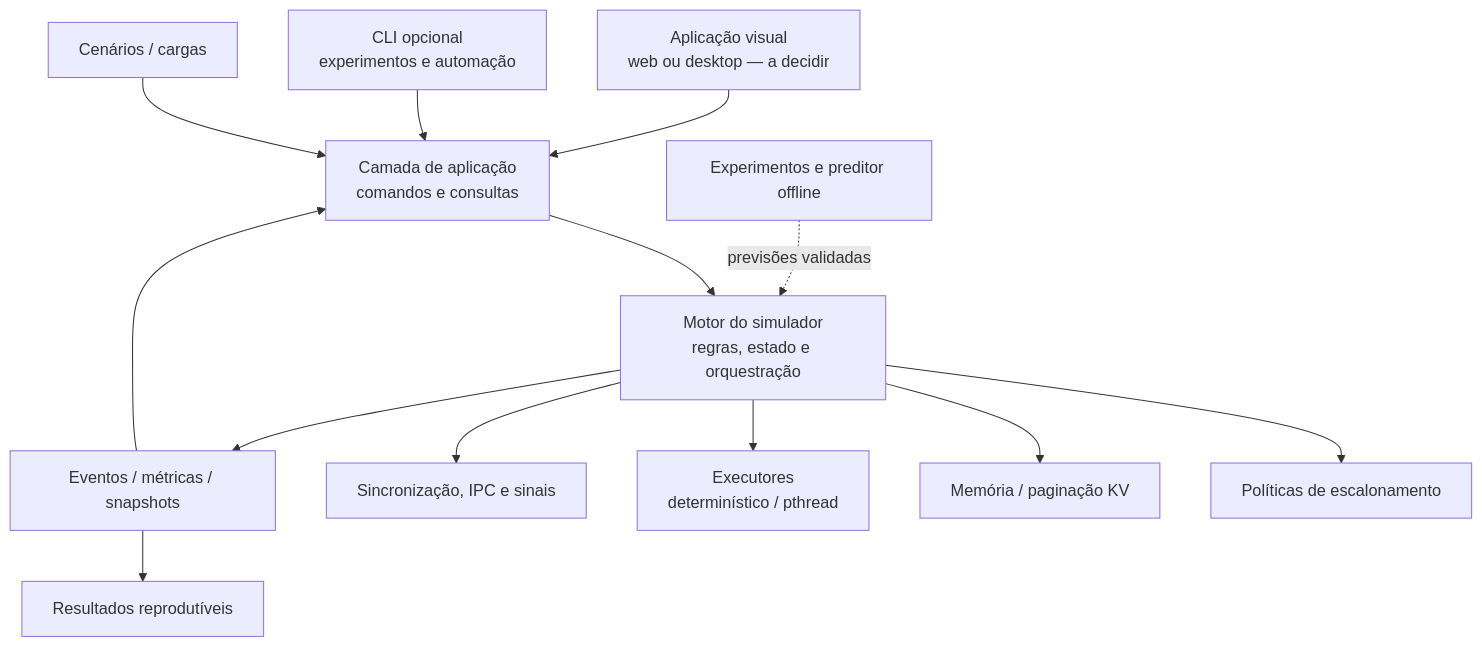
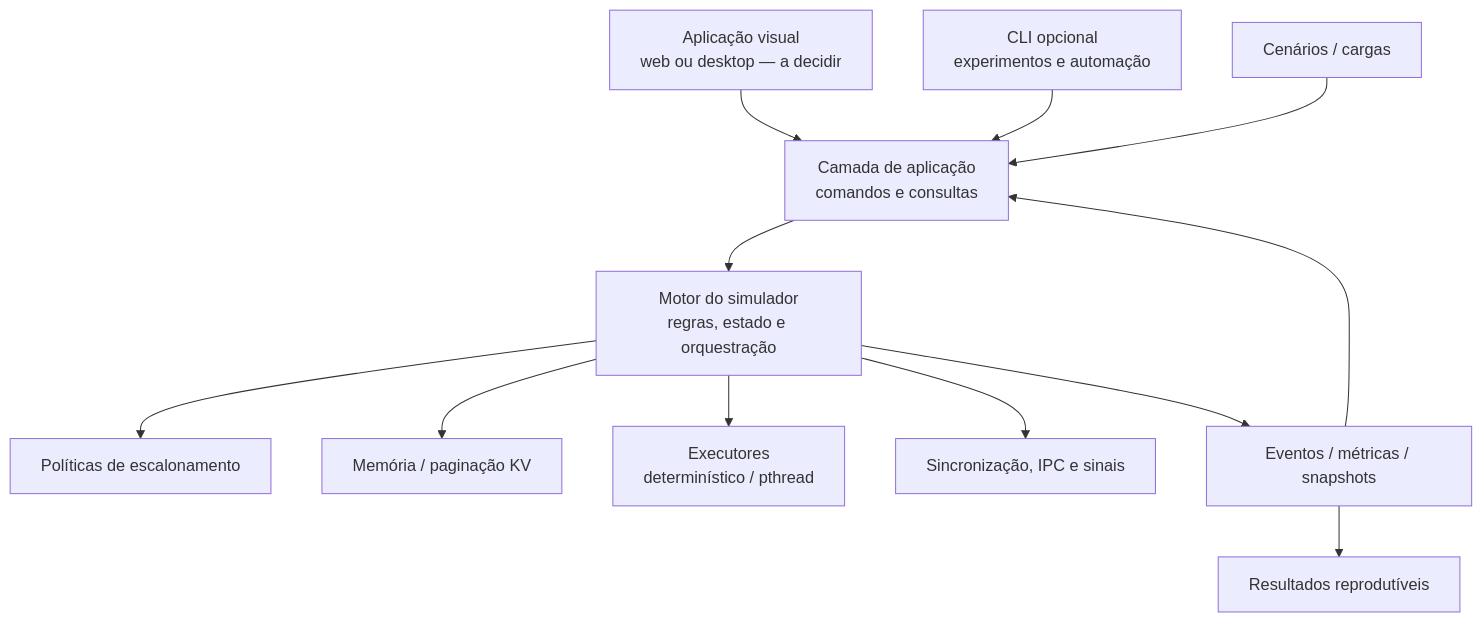
The diagram in docs/ARCHITECTURE.md (lboclin/Sistemas-Operacionais), drawn with Mermaid before and after one commit. The commit also changed other lines of this file and 80 other files, not shown here.

````diff
--- a/docs/ARCHITECTURE.md
+++ b/docs/ARCHITECTURE.md
@@ -24,15 +25,14 @@
 ```mermaid
 flowchart TB
   GUI[Aplicação visual\nweb ou desktop — a decidir] --> ADAPTER[Camada de aplicação\ncomandos e consultas]
   CLI[CLI opcional\nexperimentos e automação] --> ADAPTER
   FILE[Cenários / cargas] --> ADAPTER
   ADAPTER --> ENG[Motor do simulador\nregras, estado e orquestração]
   ENG --> SCH[Políticas de escalonamento]
   ENG --> MEM[Memória / paginação KV]
   ENG --> RT[Executores\ndeterminístico / pthread]
   ENG --> CON[Sincronização, IPC e sinais]
   ENG --> OBS[Eventos / métricas / snapshots]
   OBS --> ADAPTER
-  AI[Experimentos e preditor offline] -. previsões validadas .-> ENG
   OBS --> RES[Resultados reprodutíveis]
 ```
````
